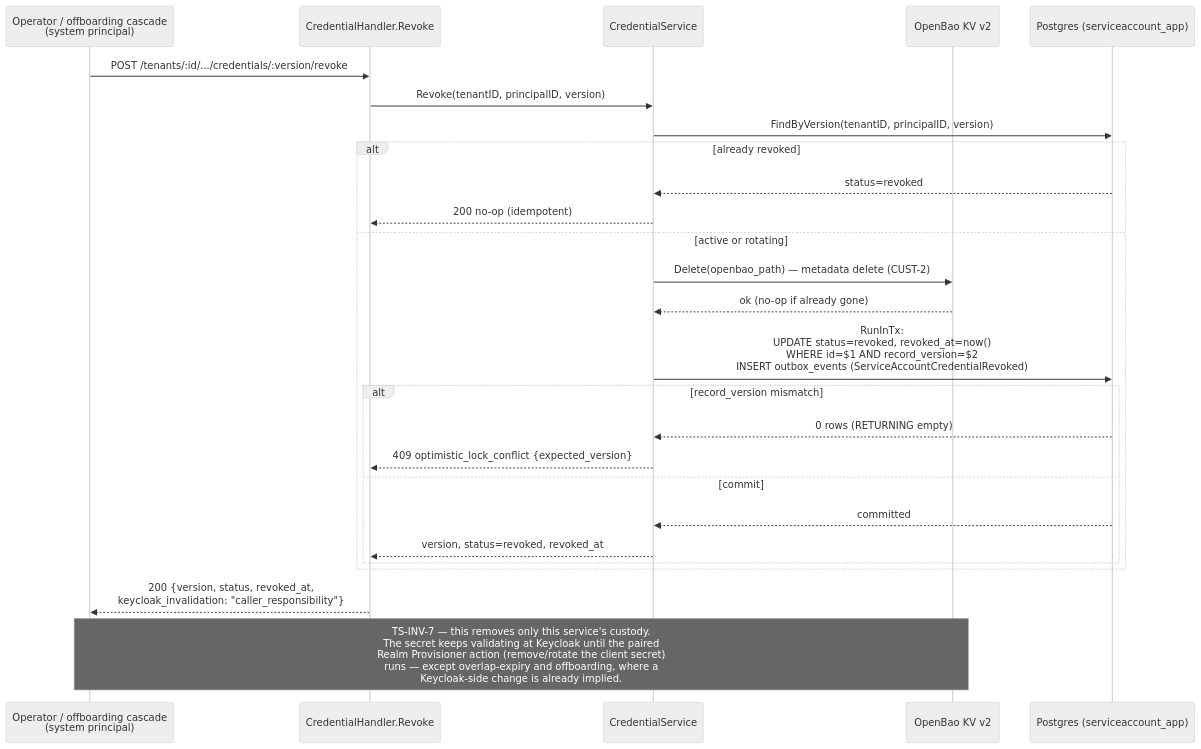
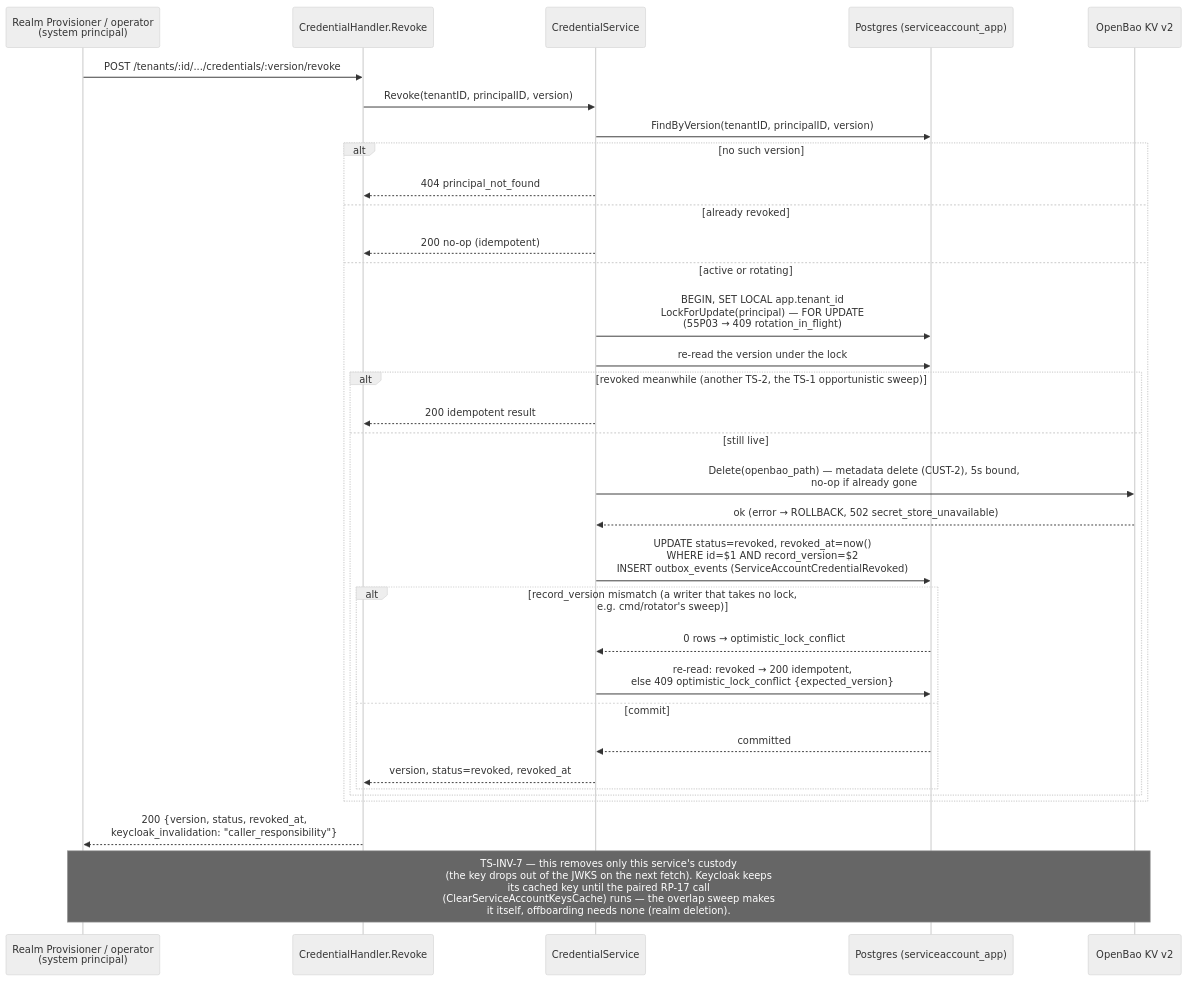
The fifth of 13 diagrams in ARCHITECTURE.md (BCBP-SOLUTIONS-FZC-LLC/iam-token-service), drawn with Mermaid (neutral theme) before and after one commit. The commit also changed other lines of this file and 234 other files, not shown here.

````diff
--- a/ARCHITECTURE.md
+++ b/ARCHITECTURE.md
@@ -358,29 +411,36 @@
 ```mermaid
 sequenceDiagram
-    participant CALLER as Operator / offboarding cascade<br/>(system principal)
+    participant CALLER as Realm Provisioner / operator<br/>(system principal)
     participant H as CredentialHandler.Revoke
     participant SVC as CredentialService
+    participant PG as Postgres (serviceaccount_app)
     participant BAO as OpenBao KV v2
-    participant PG as Postgres (serviceaccount_app)
 
     CALLER->>H: POST /tenants/:id/.../credentials/:version/revoke
     H->>SVC: Revoke(tenantID, principalID, version)
     SVC->>PG: FindByVersion(tenantID, principalID, version)
-    alt already revoked
-        PG-->>SVC: status=revoked
+    alt no such version
+        SVC-->>H: 404 principal_not_found
+    else already revoked
         SVC-->>H: 200 no-op (idempotent)
     else active or rotating
-        SVC->>BAO: Delete(openbao_path) — metadata delete (CUST-2)
-        BAO-->>SVC: ok (no-op if already gone)
-        SVC->>PG: RunInTx:<br/>UPDATE status=revoked, revoked_at=now()<br/>  WHERE id=$1 AND record_version=$2<br/>INSERT outbox_events (ServiceAccountCredentialRevoked)
-        alt record_version mismatch
-            PG-->>SVC: 0 rows (RETURNING empty)
-            SVC-->>H: 409 optimistic_lock_conflict {expected_version}
-        else commit
-            PG-->>SVC: committed
-            SVC-->>H: version, status=revoked, revoked_at
+        SVC->>PG: BEGIN, SET LOCAL app.tenant_id<br/>LockForUpdate(principal) — FOR UPDATE<br/>(55P03 → 409 rotation_in_flight)
+        SVC->>PG: re-read the version under the lock
+        alt revoked meanwhile (another TS-2, the TS-1 opportunistic sweep)
+            SVC-->>H: 200 idempotent result
+        else still live
+            SVC->>BAO: Delete(openbao_path) — metadata delete (CUST-2), 5s bound,<br/>no-op if already gone
+            BAO-->>SVC: ok (error → ROLLBACK, 502 secret_store_unavailable)
+            SVC->>PG: UPDATE status=revoked, revoked_at=now()<br/>  WHERE id=$1 AND record_version=$2<br/>INSERT outbox_events (ServiceAccountCredentialRevoked)
+            alt record_version mismatch (a writer that takes no lock, e.g. cmd/rotator's sweep)
+                PG-->>SVC: 0 rows → optimistic_lock_conflict
+                SVC->>PG: re-read: revoked → 200 idempotent,<br/>else 409 optimistic_lock_conflict {expected_version}
+            else commit
+                PG-->>SVC: committed
+                SVC-->>H: version, status=revoked, revoked_at
+            end
         end
     end
     H-->>CALLER: 200 {version, status, revoked_at,<br/>keycloak_invalidation: "caller_responsibility"}
-    Note over CALLER,BAO: TS-INV-7 — this removes only this service's custody.<br/>The secret keeps validating at Keycloak until the paired<br/>Realm Provisioner action (remove/rotate the client secret)<br/>runs — except overlap-expiry and offboarding, where a<br/>Keycloak-side change is already implied.
+    Note over CALLER,BAO: TS-INV-7 — this removes only this service's custody<br/>(the key drops out of the JWKS on the next fetch). Keycloak keeps<br/>its cached key until the paired RP-17 call<br/>(ClearServiceAccountKeysCache) runs — the overlap sweep makes<br/>it itself, offboarding needs none (realm deletion).
 ```
````
